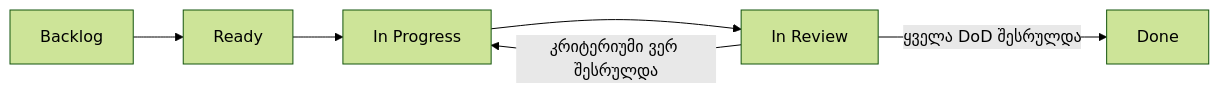
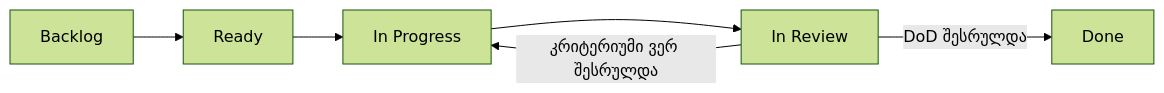
The diagram in KANBAN_WORKFLOW.md (gigigiorgadze10/fixit), drawn with Mermaid (forest theme) before and after one commit. The commit also changed other lines of this file and 42 other files, not shown here.

Commit message:
fix: change architecture and us stories

````diff
--- a/KANBAN_WORKFLOW.md
+++ b/KANBAN_WORKFLOW.md
@@ -66,8 +65,8 @@
 ```mermaid
 flowchart LR
-    A[Backlog] --> B[Ready]
-    B --> C[In Progress]
-    C --> D[In Review]
-    D -->|კრიტერიუმი ვერ შესრულდა| C
-    D -->|ყველა DoD შესრულდა| E[Done]
+  A[Backlog] --> B[Ready]
+  B --> C[In Progress]
+  C --> D[In Review]
+  D -->|კრიტერიუმი ვერ შესრულდა| C
+  D -->|DoD შესრულდა| E[Done]
 ```
````
